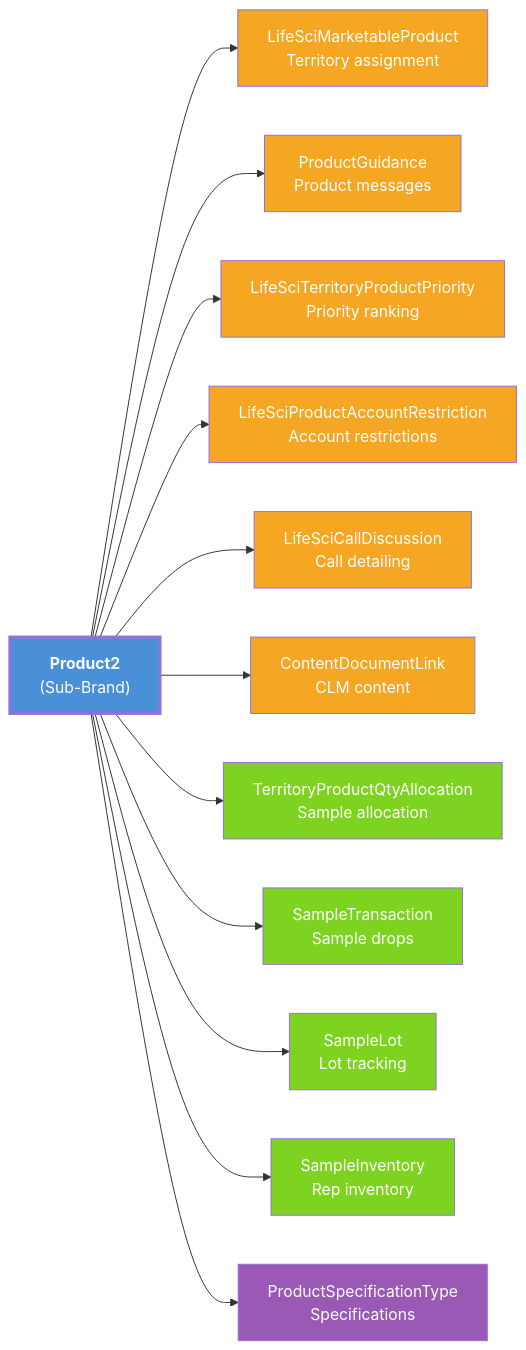
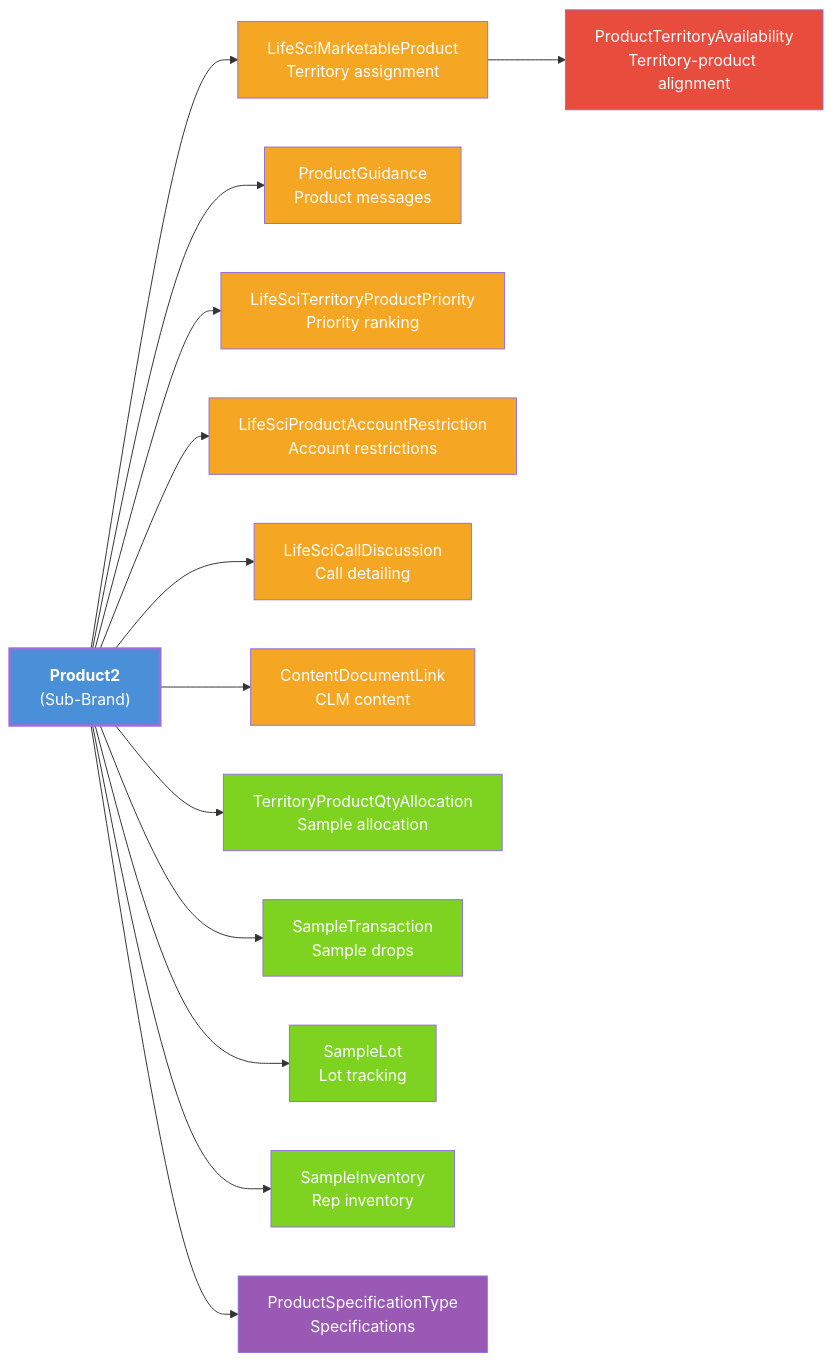
Before and after one commit to afls-ideas/Multi-Country-Brand-Setup: the first of 3 diagrams in README-02-LSC-Product-Areas.md, drawn with Mermaid. The commit also changed other lines of this file and 2 other files, not shown here.

First line of the commit message:
Update READMEs with territory and alignment documentation

````diff
--- a/README-02-LSC-Product-Areas.md
+++ b/README-02-LSC-Product-Areas.md
@@ -7,29 +7,31 @@
 ```mermaid
 graph LR
     P2["<b>Product2</b><br/>(Sub-Brand)"]
 
     P2 --> MP["LifeSciMarketableProduct<br/>Territory assignment"]
+    MP --> PTA["ProductTerritoryAvailability<br/>Territory-product alignment"]
     P2 --> PG["ProductGuidance<br/>Product messages"]
     P2 --> TPP["LifeSciTerritoryProductPriority<br/>Priority ranking"]
     P2 --> PAR["LifeSciProductAccountRestriction<br/>Account restrictions"]
     P2 --> CD["LifeSciCallDiscussion<br/>Call detailing"]
     P2 --> CLM["ContentDocumentLink<br/>CLM content"]
     P2 --> TPA["TerritoryProductQtyAllocation<br/>Sample allocation"]
     P2 --> ST["SampleTransaction<br/>Sample drops"]
     P2 --> SL["SampleLot<br/>Lot tracking"]
     P2 --> SI["SampleInventory<br/>Rep inventory"]
     P2 --> PST["ProductSpecificationType<br/>Specifications"]
 
     style P2 fill:#4a90d9,color:#fff,stroke-width:3px
     style MP fill:#f5a623,color:#fff
+    style PTA fill:#e74c3c,color:#fff
     style PG fill:#f5a623,color:#fff
     style TPP fill:#f5a623,color:#fff
     style PAR fill:#f5a623,color:#fff
     style CD fill:#f5a623,color:#fff
     style CLM fill:#f5a623,color:#fff
     style TPA fill:#7ed321,color:#fff
     style ST fill:#7ed321,color:#fff
     style SL fill:#7ed321,color:#fff
     style SI fill:#7ed321,color:#fff
     style PST fill:#9b59b6,color:#fff
 ```
````
